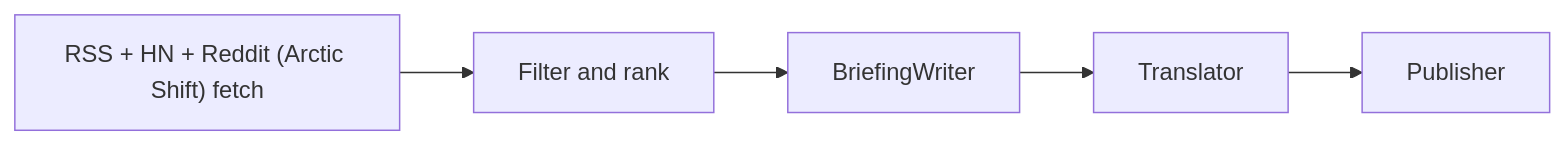
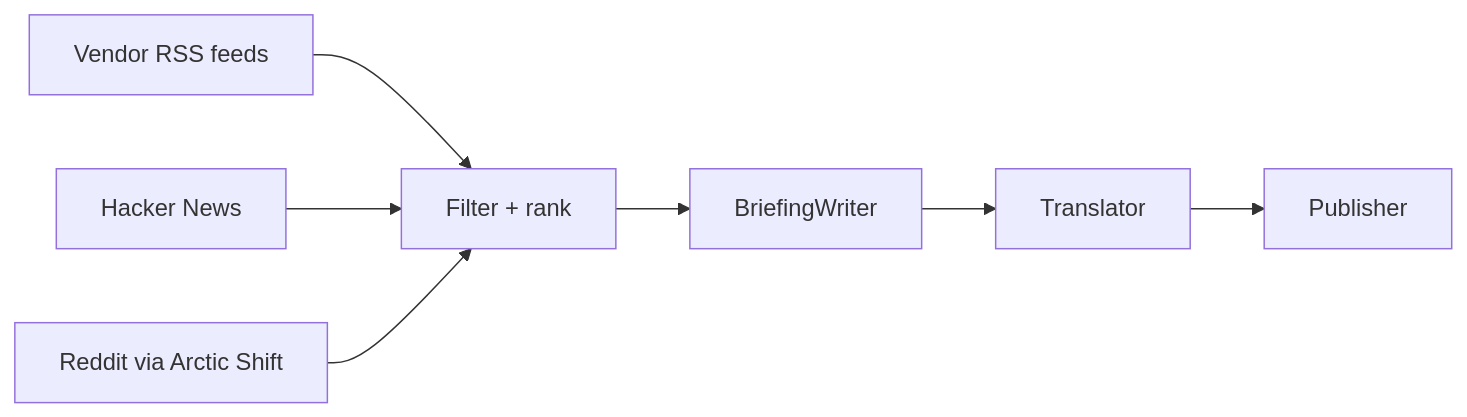
One commit to kobyal/ai-news-briefing changed the fifth of 12 diagrams in README.md. Above: the diagram before and after it, drawn with Mermaid. The commit also changed other lines of this file and 3 other files, not shown here.

````diff
--- a/README.md
+++ b/README.md
@@ -232,7 +259,9 @@
 ```mermaid
 flowchart LR
-    A["RSS + HN + Reddit (Arctic Shift) fetch"] --> B["Filter and rank"]
-    B --> C["BriefingWriter"]
-    C --> D["Translator"]
-    D --> E["Publisher"]
+    A[Vendor RSS feeds] --> X[Filter + rank]
+    B[Hacker News] --> X
+    C[Reddit via Arctic Shift] --> X
+    X --> D[BriefingWriter]
+    D --> E[Translator]
+    E --> F[Publisher]
 ```
````
